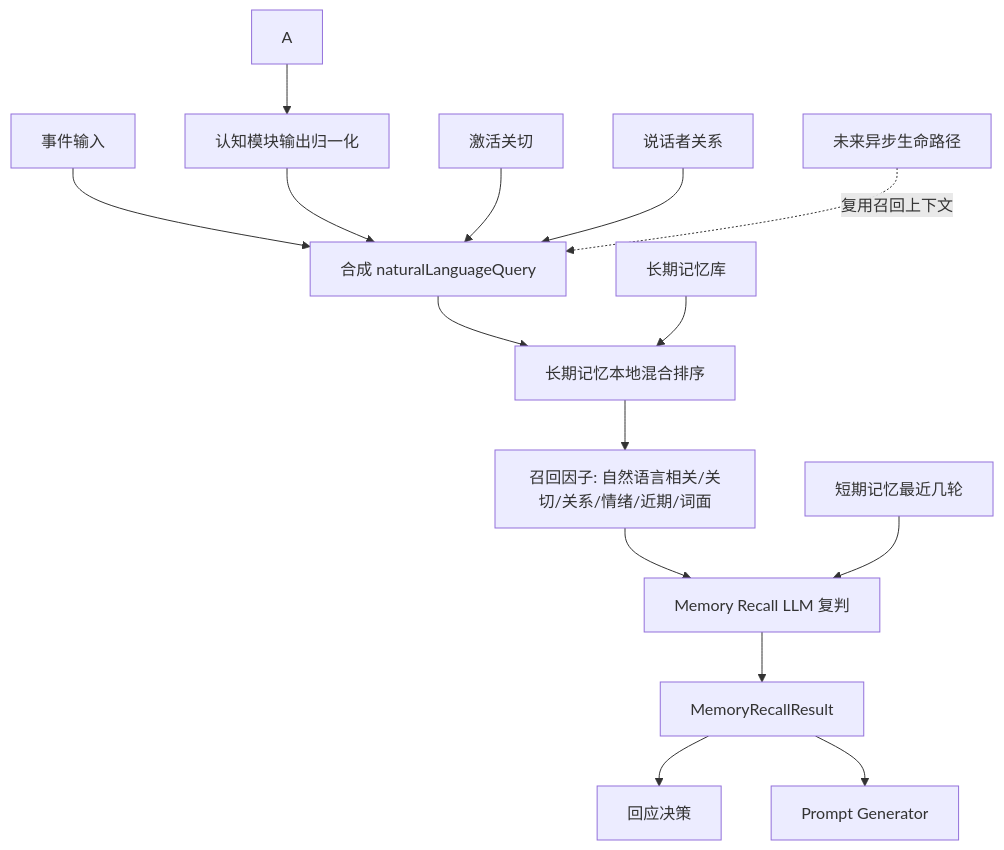
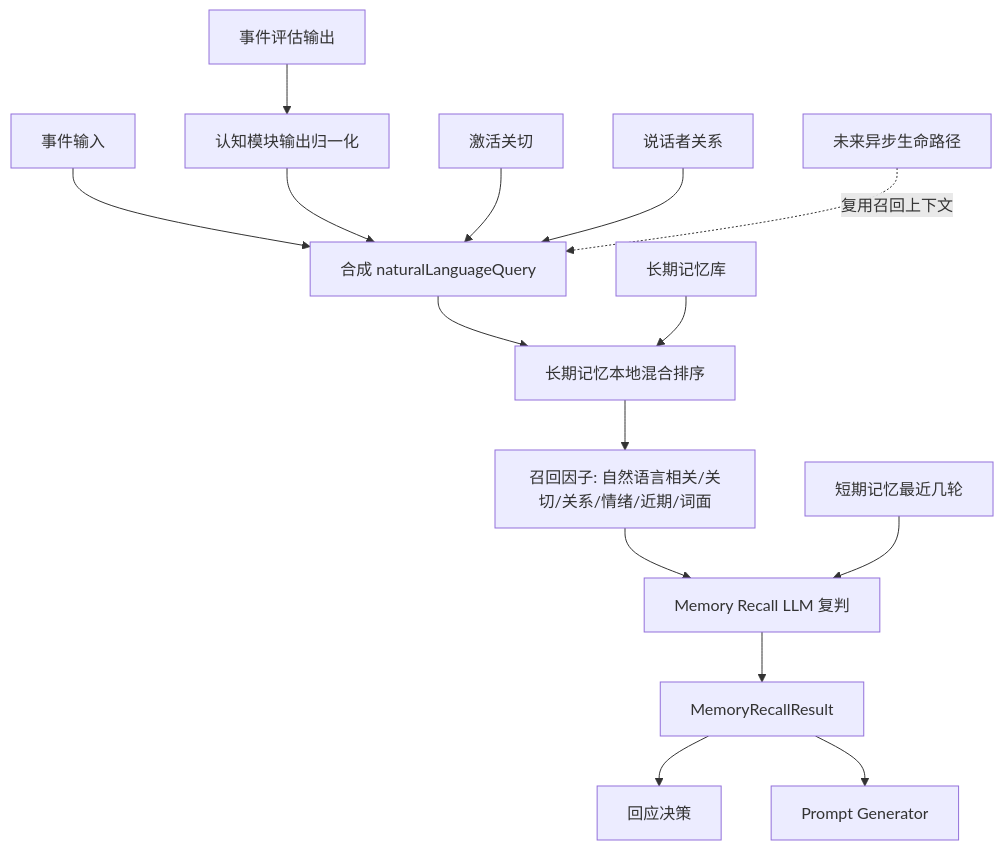
The fifth of 27 diagrams in docs/SYSTEM_FLOW.md (ttmanthatman/virtual-human-flow), drawn with Mermaid before and after one commit. The commit also changed other lines of this file, not shown here.

Commit message:
docs: add module flowcharts

````diff
--- a/docs/SYSTEM_FLOW.md
+++ b/docs/SYSTEM_FLOW.md
@@ -115,17 +115,17 @@
 ```mermaid
 flowchart TD
     E[事件输入] --> Q[合成 naturalLanguageQuery]
-    A --> N[认知模块输出归一化]
+    A[事件评估输出] --> N[认知模块输出归一化]
     N --> Q
     C[激活关切] --> Q
     R[说话者关系] --> Q
     Q --> S[长期记忆本地混合排序]
     L[长期记忆库] --> S
     S --> F[召回因子: 自然语言相关/关切/关系/情绪/近期/词面]
     F --> M[Memory Recall LLM 复判]
     B[短期记忆最近几轮] --> M
     M --> O[MemoryRecallResult]
     O --> D[回应决策]
     O --> P[Prompt Generator]
     X[未来异步生命路径] -. 复用召回上下文 .-> Q
 ```
````
